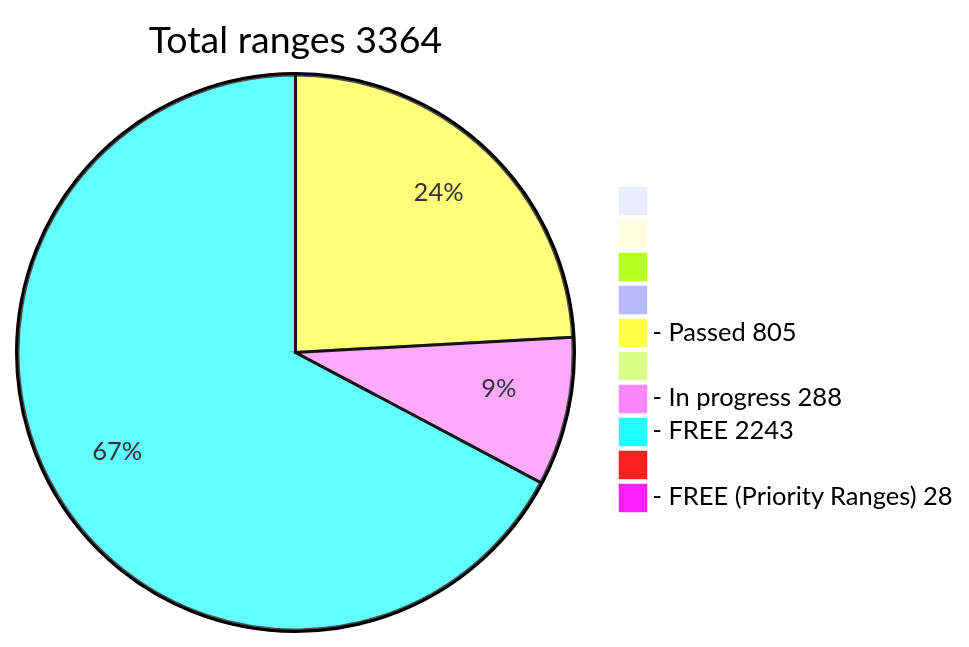
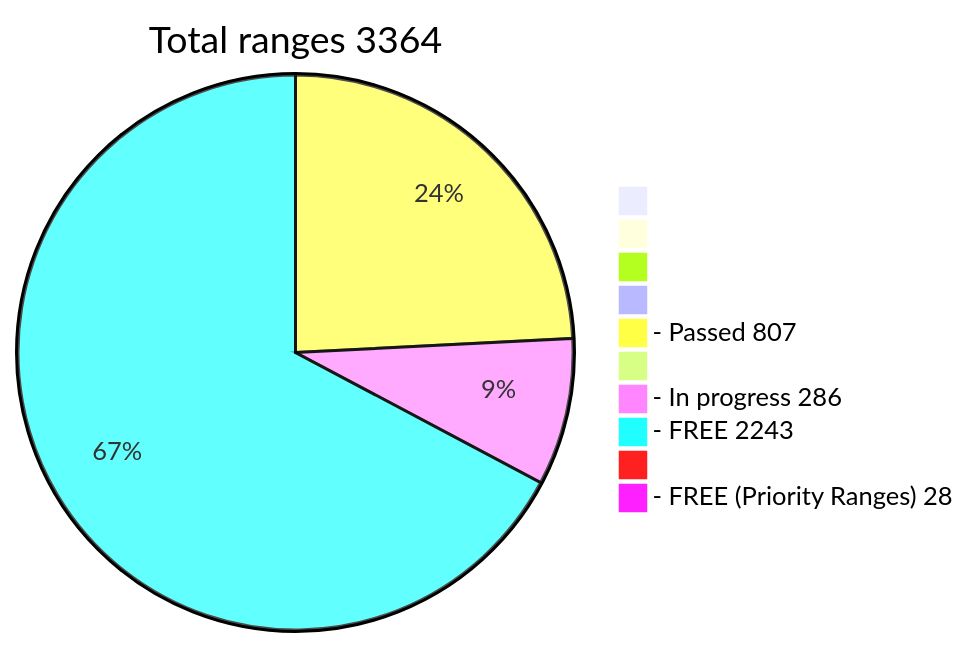
One commit to phrutis/wif500 changed the diagram in README.md. Above: the diagram before and after it, drawn with Mermaid.

````diff
--- a/README.md
+++ b/README.md
@@ -16,13 +16,13 @@
 ```mermaid
 pie title Total ranges 3364
              " " : 0
             "  " : 0
            "   " : 0
           "    " : 0
-  "- Passed 805" : 805
+  "- Passed 807" : 807
          "     " : 0
-  "- In progress 288" : 288
+  "- In progress 286" : 286
    "- FREE 2243" : 2243
         "      " : 0
   "- FREE (Priority Ranges) 28" : 28
 ```
````
